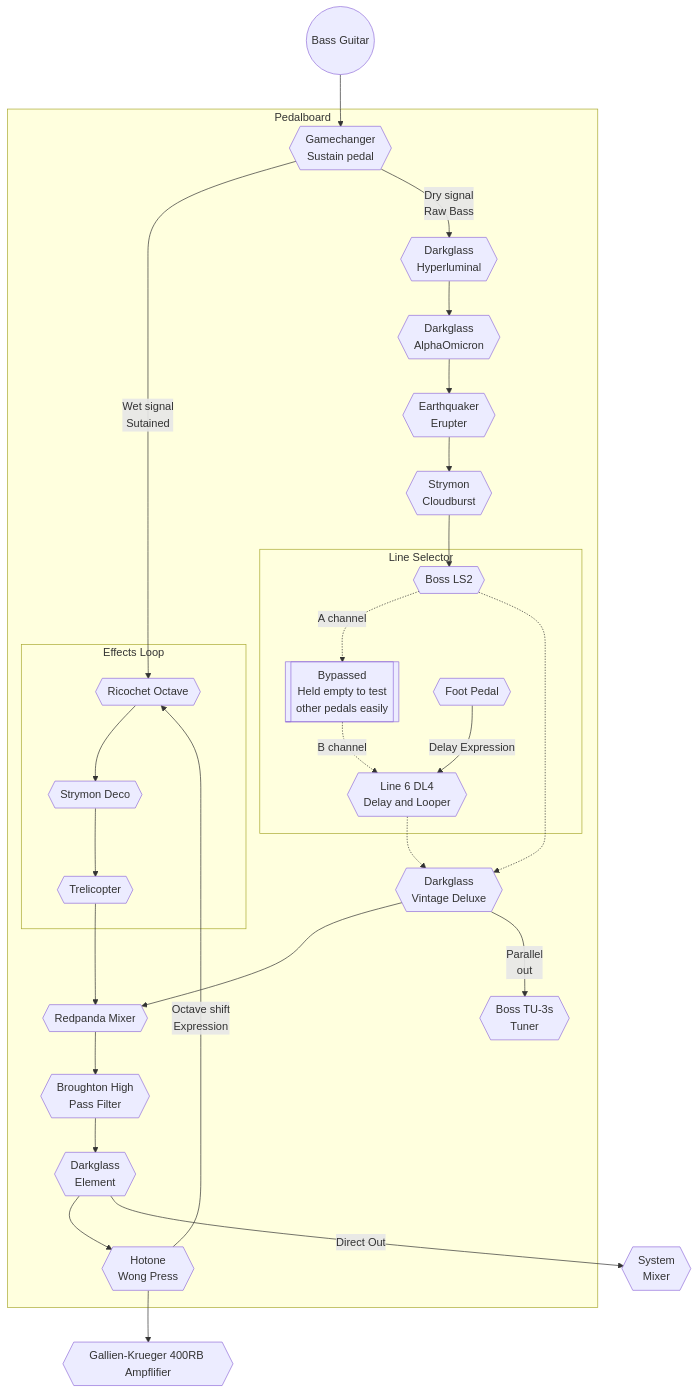
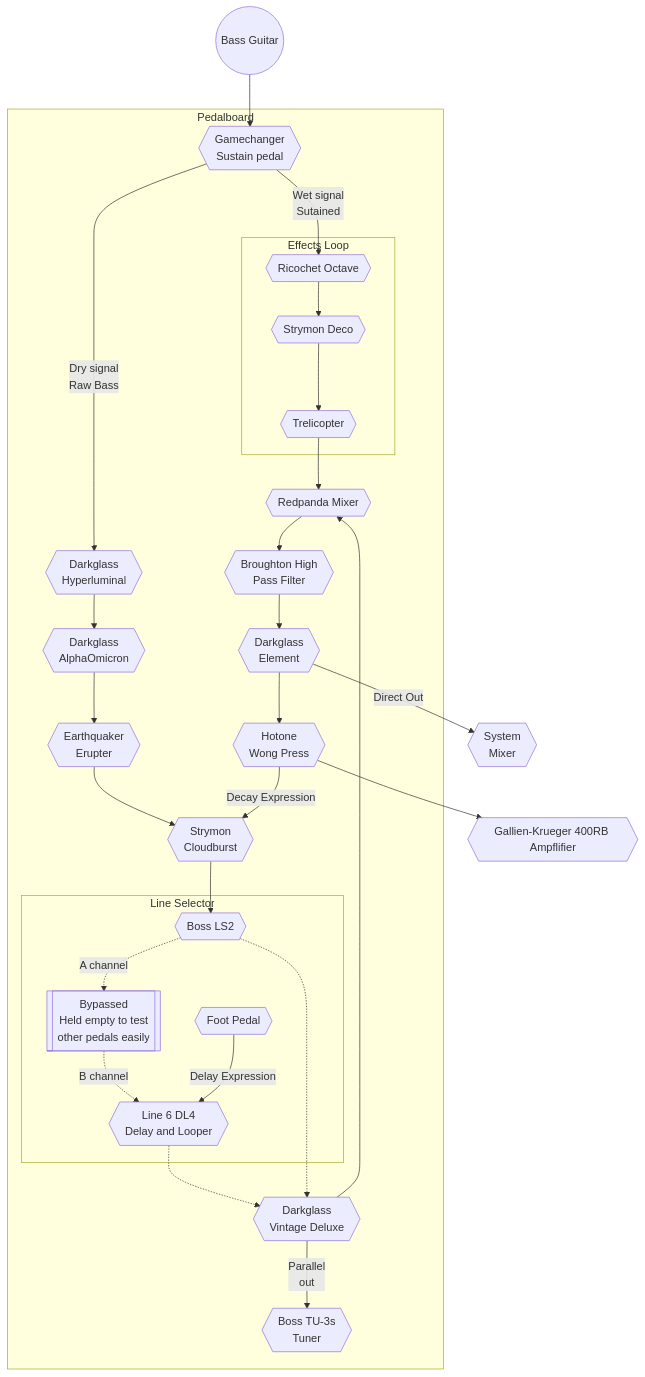
The diagram in README.md (terrafied/TardisBoard), drawn with Mermaid before and after one commit.

Commit message:
expression on cloudburst, not octave

````diff
--- a/README.md
+++ b/README.md
@@ -7,45 +7,45 @@
 ```mermaid
 flowchart  
 
     bass((Bass Guitar)) --> gc{{Gamechanger<br/>Sustain pedal}}
 
     subgraph Pedalboard
 
             gc --> | Wet signal <br/> Sutained | octave{{Ricochet Octave}}
             gc --> | Dry signal <br/> Raw Bass | hyper{{Darkglass <br/> Hyperluminal}}
 
         subgraph Effects Loop   
             octave --> deco{{Strymon Deco}}
             deco --> trem{{Trelicopter}}
         end
         trem --> mixer{{Redpanda Mixer}}
 
         hyper -->alpha{{Darkglass <br/> AlphaOmicron}}
         alpha -->fuzz{{Earthquaker <br/> Erupter}}
         fuzz --> cloud{{Strymon <br/> Cloudburst}}
 
         cloud --> ls2{{Boss LS2}}
 
         subgraph Line Selector
             ls2 -.-> | A channel | na[[Bypassed <br/> Held empty to test<br/>other pedals easily]]
             na -.-> | B channel | dl4{{Line 6 DL4 <br/> Delay and Looper}}
             exp{{Foot Pedal}} --> |Delay Expression| dl4
         end
 
         dl4 -.-> vintage{{Darkglass <br/> Vintage Deluxe}}
         ls2 -.-> vintage
         vintage --> mixer
 
         vintage --> |Parallel <br/> out| tu3{{Boss TU-3s <br/> Tuner}}
 
         mixer --> hpf{{Broughton High <br/> Pass Filter}}
         hpf --> element{{Darkglass <br/> Element}}
 
         element --> volume{{Hotone <br/> Wong Press}}
-        volume --> | Octave shift <br/> Expression | octave
+        volume --> | Decay Expression | cloud
     end
 
     element --> | Direct Out | sys{{System <br/> Mixer}}
 
     volume --> amp{{Gallien-Krueger 400RB Ampflifier}}
 ```
````
